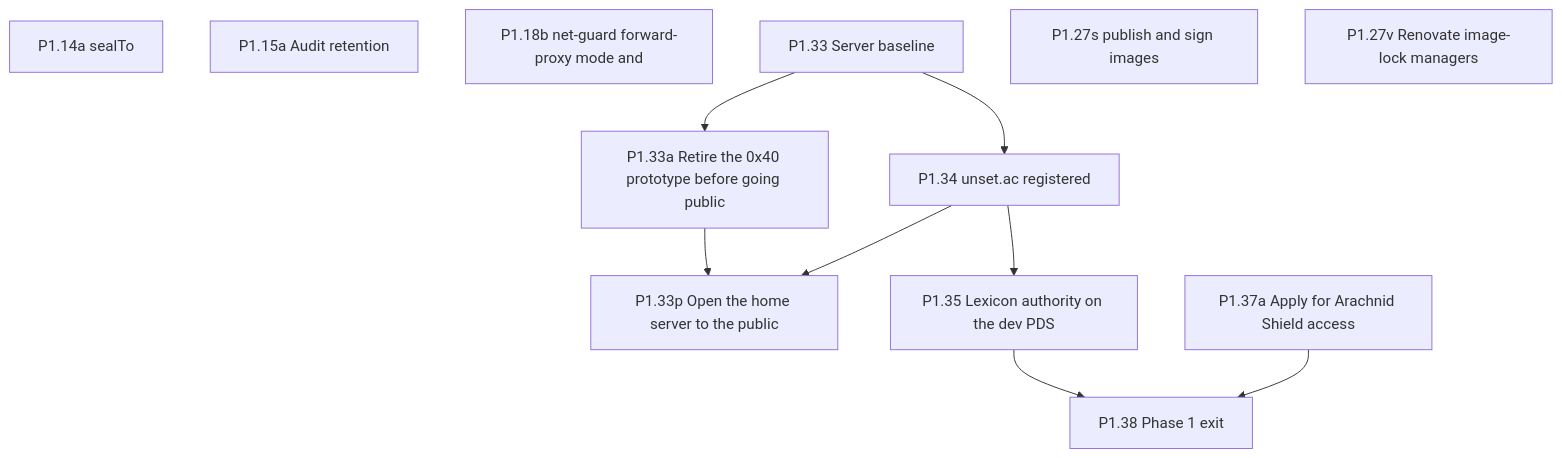
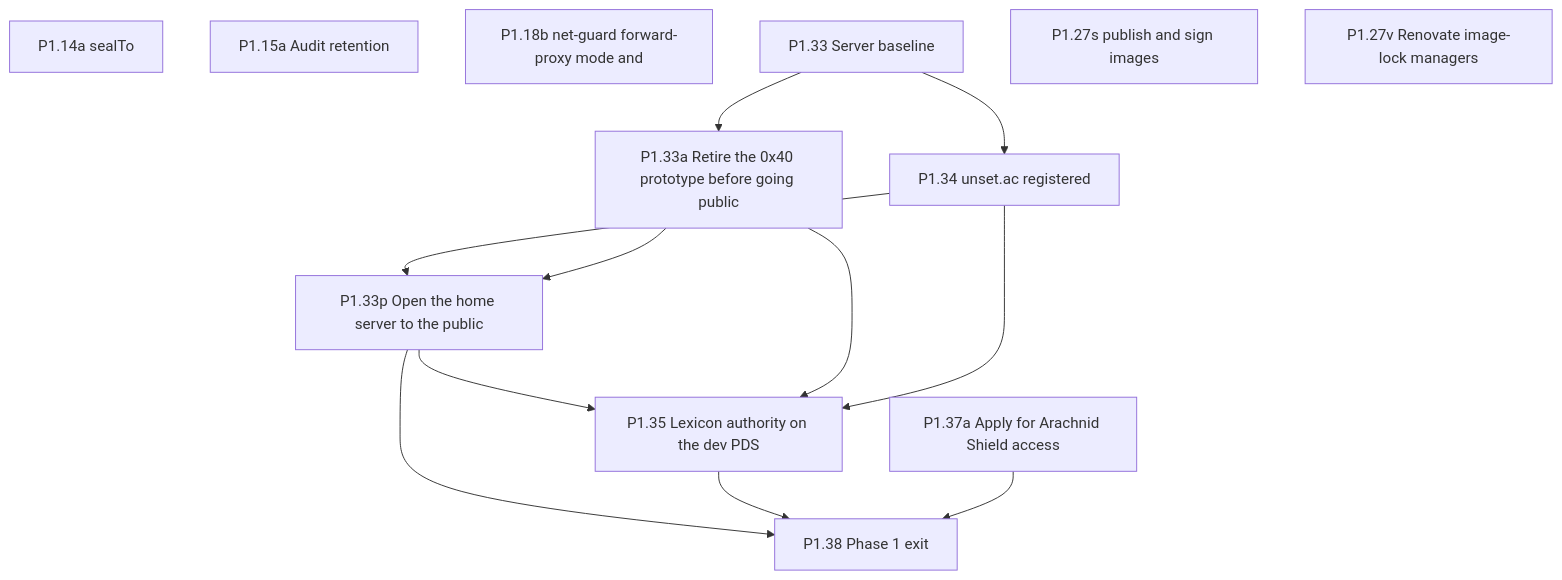
The fourth of 11 diagrams in docs/ai/book/01-outline.md (Undefined6799/unset), drawn with Mermaid before and after one commit. The commit also changed other lines of this file and 8 other files, not shown here.

````diff
--- a/docs/ai/book/01-outline.md
+++ b/docs/ai/book/01-outline.md
@@ -1105,22 +1116,25 @@
 ```mermaid
 flowchart TD
   P1_14a["P1.14a sealTo"]
   P1_15a["P1.15a Audit retention"]
   P1_18b["P1.18b net-guard forward-proxy mode and"]
   P1_33["P1.33 Server baseline"]
   P1_33a["P1.33a Retire the 0x40 prototype before going public"]
   P1_33p["P1.33p Open the home server to the public"]
   P1_34["P1.34 unset.ac registered"]
   P1_35["P1.35 Lexicon authority on the dev PDS"]
   P1_27s["P1.27s publish and sign images"]
   P1_27v["P1.27v Renovate image-lock managers"]
   P1_37a["P1.37a Apply for Arachnid Shield access"]
   P1_38["P1.38 Phase 1 exit"]
   P1_33 --> P1_33a
   P1_33 --> P1_34
   P1_34 --> P1_33p
   P1_33a --> P1_33p
+  P1_33p --> P1_35
+  P1_33a --> P1_35
+  P1_33p --> P1_38
   P1_34 --> P1_35
   P1_35 --> P1_38
   P1_37a --> P1_38
 ```
````
